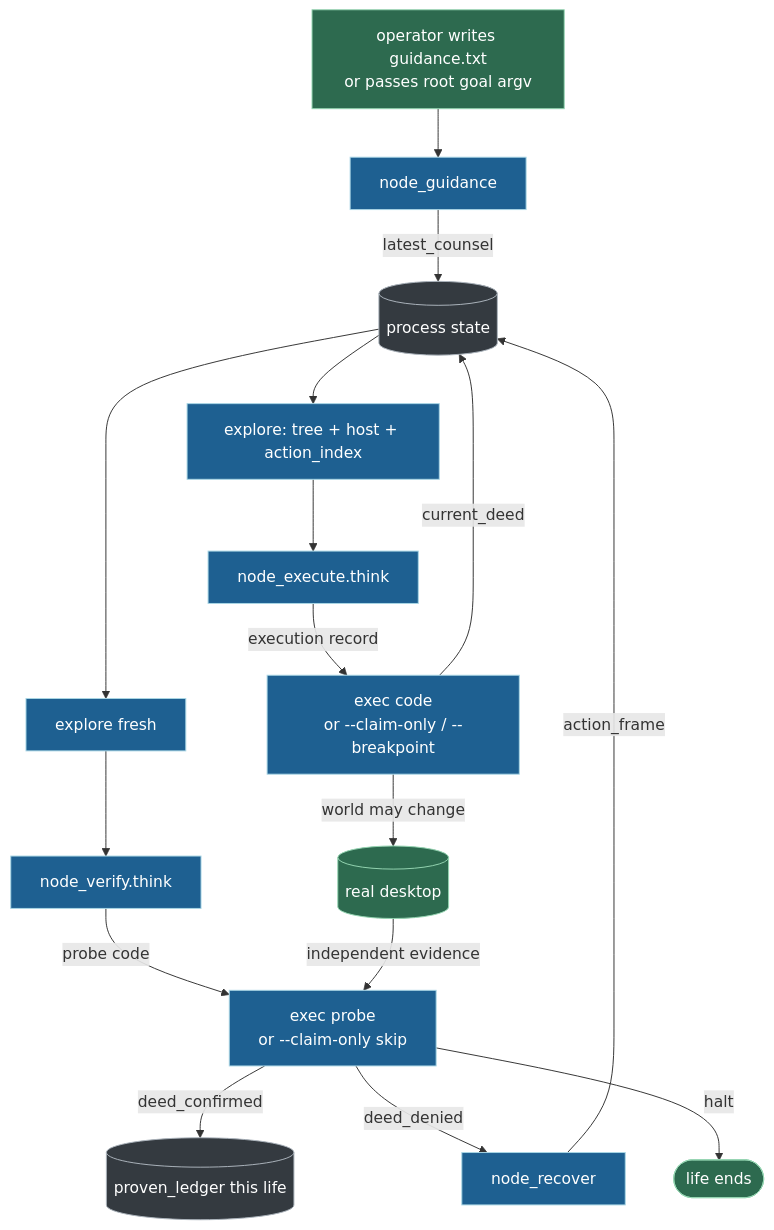
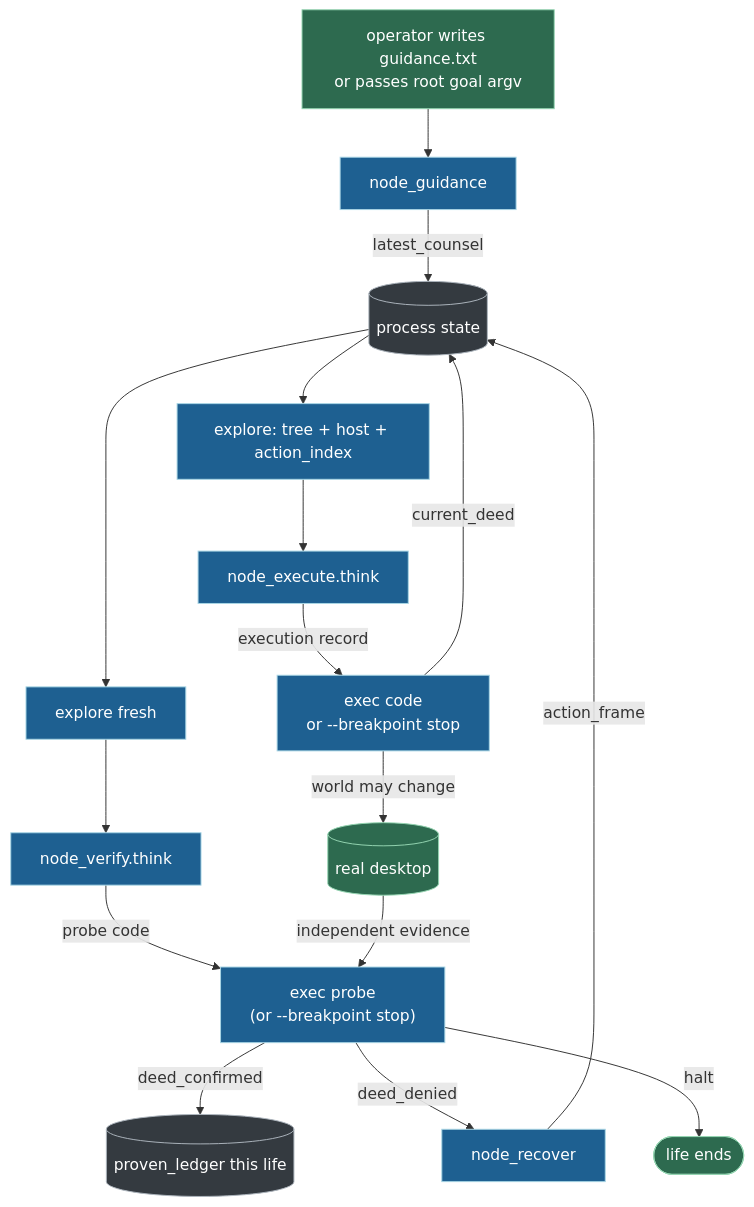
The tenth of 11 diagrams in README.md (wgabrys88/endgame-ai), drawn with Mermaid before and after one commit. The commit also changed other lines of this file and 3 other files, not shown here.

First line of the commit message:
Remove claim-only; guidance routes by seed structure

````diff
--- a/README.md
+++ b/README.md
@@ -1046,27 +1073,27 @@
 ```mermaid
 flowchart TD
     OP["operator writes guidance.txt<br/>or passes root goal argv"] --> GD
     GD["node_guidance"] -->|latest_counsel| ST[("process state")]
 
     ST --> EXP1["explore: tree + host + action_index"]
     EXP1 --> EX["node_execute.think"]
-    EX -->|execution record| RUN["exec code<br/>or --claim-only / --breakpoint"]
+    EX -->|execution record| RUN["exec code<br/>or --breakpoint stop"]
     RUN -->|world may change| WORLD[("real desktop")]
     RUN -->|current_deed| ST
 
     ST --> EXP2["explore fresh"]
     EXP2 --> VF["node_verify.think"]
-    VF -->|probe code| PROBE["exec probe<br/>or --claim-only skip"]
+    VF -->|probe code| PROBE["exec probe<br/>(or --breakpoint stop)"]
     WORLD -->|independent evidence| PROBE
     PROBE -->|deed_confirmed| LEDGER[("proven_ledger this life")]
     PROBE -->|deed_denied| RC["node_recover"]
     RC -->|action_frame| ST
     PROBE -->|halt| HALT([life ends])
 
     classDef n fill:#1e6091,stroke:#a9d6e5,color:#ffffff;
     classDef s fill:#343a40,stroke:#adb5bd,color:#ffffff;
     classDef w fill:#2d6a4f,stroke:#95d5b2,color:#ffffff;
     class GD,EX,VF,RC,EXP1,EXP2,RUN,PROBE n;
     class ST,LEDGER s;
     class WORLD,OP,HALT w;
 ```
````
